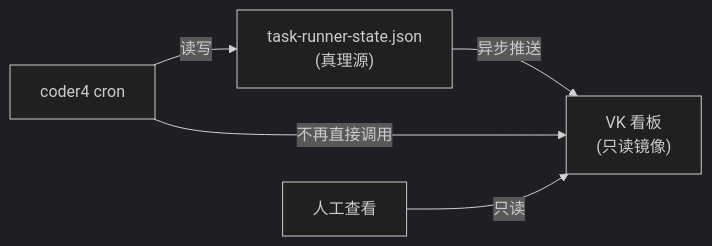
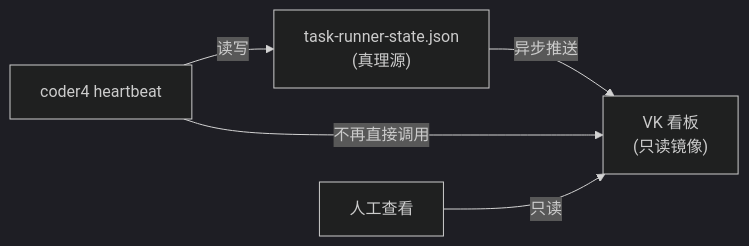
Before and after one commit to jijingkun-commits/fastapi: the third of 4 diagrams in docs/内部参考/迭代需求/vibe_kanban依赖分析报告.md, drawn with Mermaid (dark theme). The commit also changed other lines of this file and 503 other files, not shown here.

````diff
--- a/docs/内部参考/迭代需求/vibe_kanban依赖分析报告.md
+++ b/docs/内部参考/迭代需求/vibe_kanban依赖分析报告.md
@@ -237,7 +237,7 @@
 ```mermaid
 flowchart LR
     A["task-runner-state.json<br/>(真理源)"] -->|"异步推送"| B["VK 看板<br/>(只读镜像)"]
-    C["coder4 cron"] -->|"读写"| A
+    C["coder4 heartbeat"] -->|"读写"| A
     C -->|"不再直接调用"| B
     D["人工查看"] -->|"只读"| B
 ```
````
